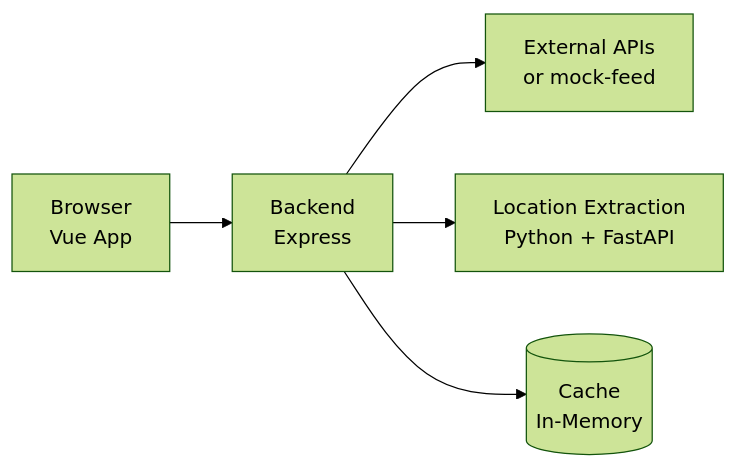
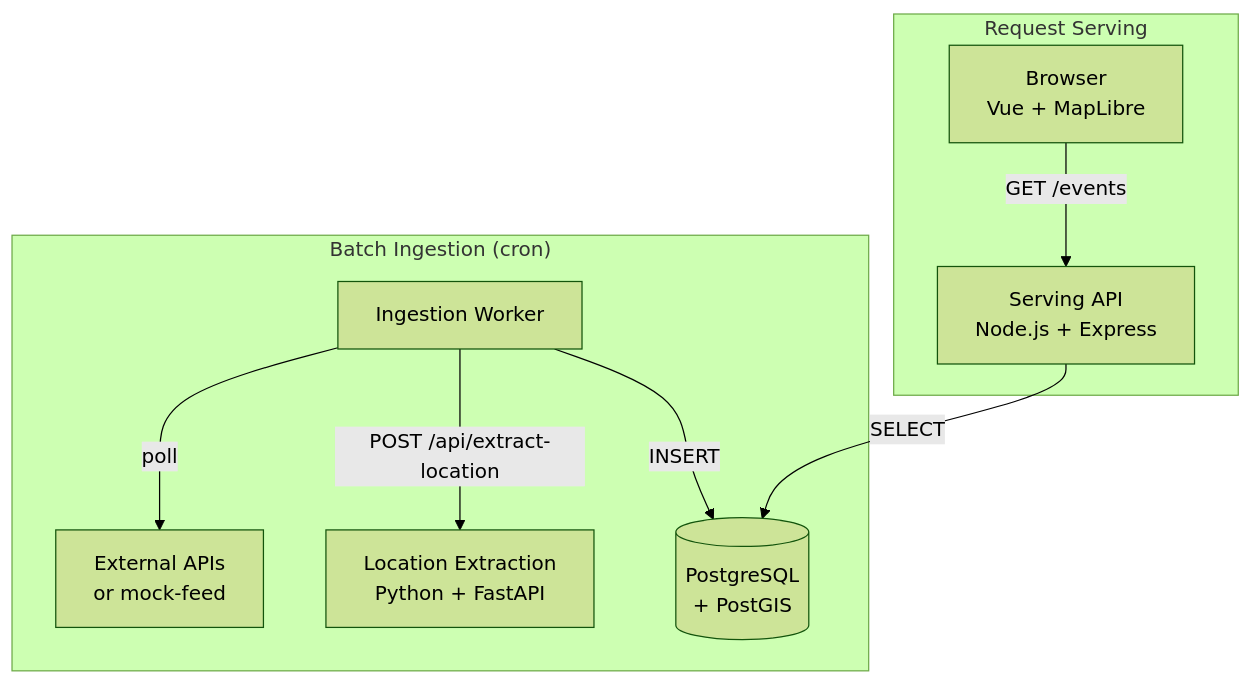
One commit to ConnectedWanderer/living-map changed the first of 3 diagrams in docs/architecture/overview.md. Above: the diagram before and after it, drawn with Mermaid (forest theme). The commit also changed other lines of this file and 4 other files, not shown here.

First line of the commit message:
architecture: decouple ingestion from serving, add PostgreSQL persistence, add ADRs 9-12

````diff
--- a/docs/architecture/overview.md
+++ b/docs/architecture/overview.md
@@ -20,7 +22,13 @@
 ```mermaid
-graph LR
-    A[Browser<br/>Vue App] --> B[Backend<br/>Express]
-    B --> C[External APIs<br/>or mock-feed]
-    B --> D[Location Extraction<br/>Python + FastAPI]
-    B --> E[(Cache<br/>In-Memory)]
+flowchart TD
+    subgraph Ingestion["Batch Ingestion (cron)"]
+        IW[Ingestion Worker] -->|poll| API[External APIs<br/>or mock-feed]
+        IW -->|POST /api/extract-location| LE[Location Extraction<br/>Python + FastAPI]
+        IW -->|INSERT| DB[(PostgreSQL<br/>+ PostGIS)]
+    end
+
+    subgraph Serving["Request Serving"]
+        F[Browser<br/>Vue + MapLibre] -->|GET /events| SA[Serving API<br/>Node.js + Express]
+        SA -->|SELECT| DB
+    end
 ```
````
